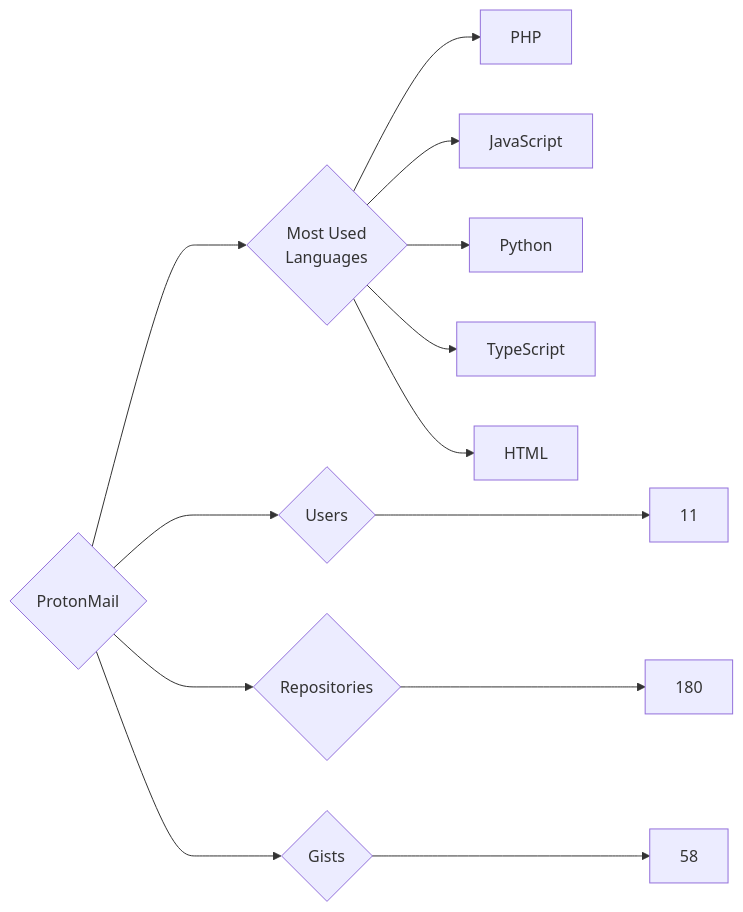
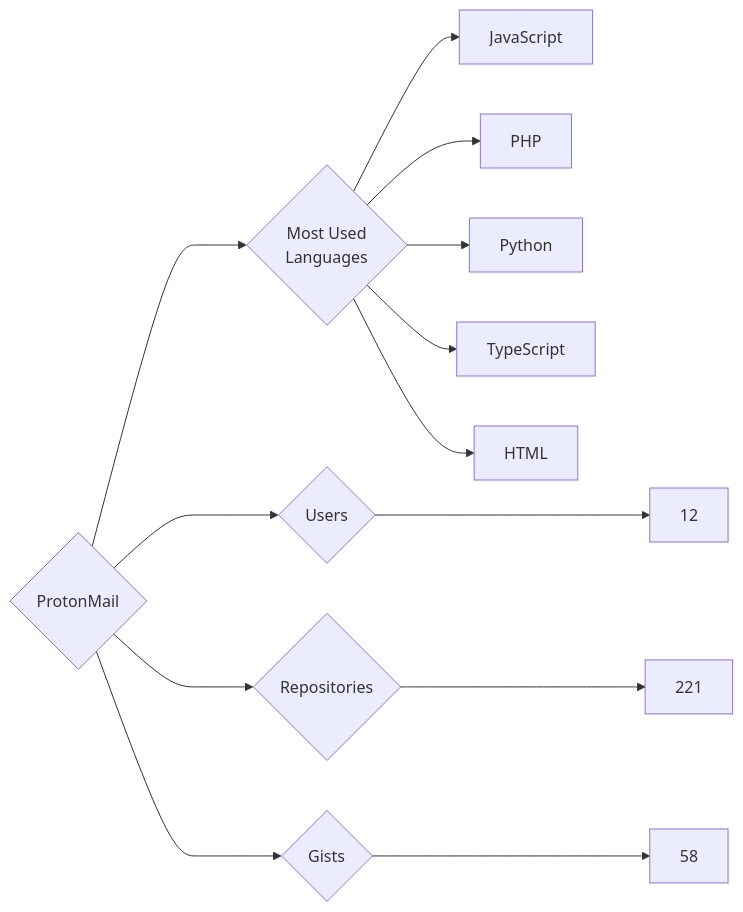
Before and after one commit to trickest/insiders: the diagram in targets/ProtonMail/README.md, drawn with Mermaid. The commit also changed 770 other files, not shown here.

````diff
--- a/targets/ProtonMail/README.md
+++ b/targets/ProtonMail/README.md
@@ -3,13 +3,13 @@
 ```mermaid
 graph LR
 COMPANY_NAME{ProtonMail}
-COMPANY_NAME ---> U{Users} ---> UN[11]
-COMPANY_NAME ---> R{Repositories} ---> RN[180]
+COMPANY_NAME ---> U{Users} ---> UN[12]
+COMPANY_NAME ---> R{Repositories} ---> RN[221]
 COMPANY_NAME ---> G{Gists} ---> GN[58]
 COMPANY_NAME ---> ML{Most Used<br>Languages}
+ML --> JavaScript[JavaScript]
 ML --> PHP[PHP]
-ML --> JavaScript[JavaScript]
 ML --> Python[Python]
 ML --> TypeScript[TypeScript]
 ML --> HTML[HTML]
 ```
````
